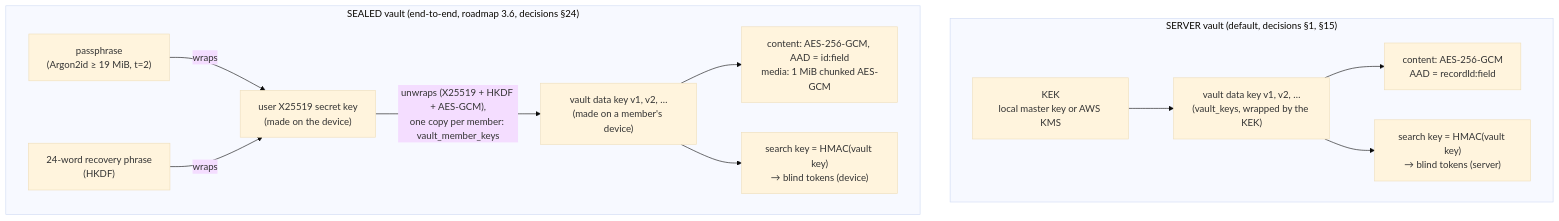
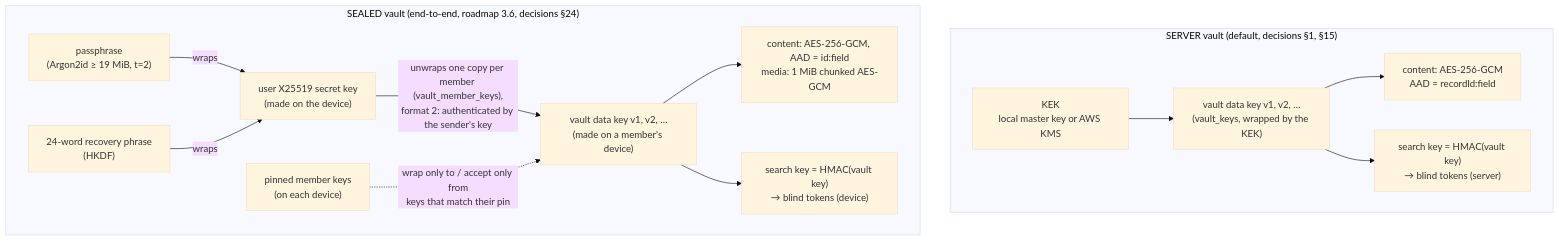
One commit to vinaynesta/Lock---Seize changed the eighth of 13 diagrams in docs/architecture.md. Above: the diagram before and after it, drawn with Mermaid (base theme). The commit also changed other lines of this file and 107 other files, not shown here.

````diff
--- a/docs/architecture.md
+++ b/docs/architecture.md
@@ -247,24 +301,25 @@
 ```mermaid
 flowchart TB
     subgraph server["SERVER vault (default, decisions §1, §15)"]
         kek["KEK<br/>local master key or AWS KMS"]
         vk1["vault data key v1, v2, …<br/>(vault_keys, wrapped by the KEK)"]
         ct1["content: AES-256-GCM<br/>AAD = recordId:field"]
         blind1["search key = HMAC(vault key)<br/>→ blind tokens (server)"]
         kek --> vk1 --> ct1
         vk1 --> blind1
     end
     subgraph sealed["SEALED vault (end-to-end, roadmap 3.6, decisions §24)"]
         pass["passphrase<br/>(Argon2id ≥ 19 MiB, t=2)"]
         phrase["24-word recovery phrase<br/>(HKDF)"]
         usk["user X25519 secret key<br/>(made on the device)"]
         vk2["vault data key v1, v2, …<br/>(made on a member's device)"]
         ct2["content: AES-256-GCM, AAD = id:field<br/>media: 1 MiB chunked AES-GCM"]
         blind2["search key = HMAC(vault key)<br/>→ blind tokens (device)"]
         pass -- wraps --> usk
         phrase -- wraps --> usk
-        usk -- "unwraps (X25519 + HKDF + AES-GCM),<br/>one copy per member: vault_member_keys" --> vk2
+        usk -- "unwraps one copy per member (vault_member_keys),<br/>format 2: authenticated by the sender's key" --> vk2
+        pins["pinned member keys<br/>(on each device)"] -. "wrap only to / accept only from<br/>keys that match their pin" .-> vk2
         vk2 --> ct2
         vk2 --> blind2
     end
 ```
````
